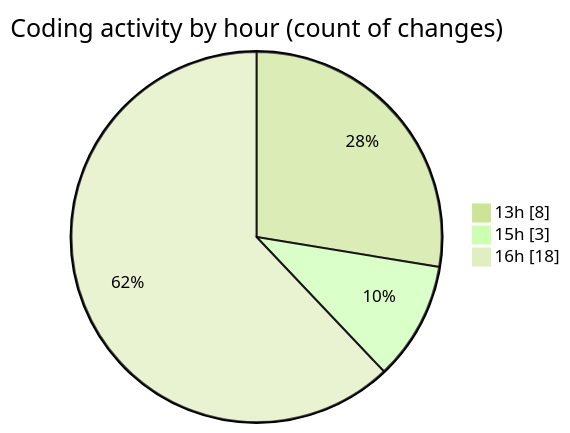
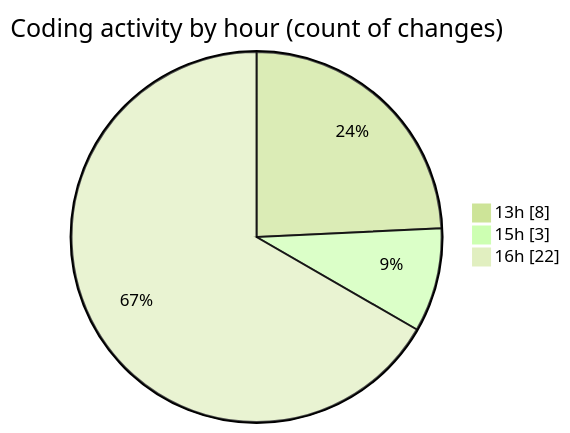
Before and after one commit to nxtqubesakshisongat/code-tracking: the second of 2 diagrams in 2025-08-01/nxtqube_webapp/README.md, drawn with Mermaid (forest theme). The commit also changed other lines of this file and 1 other file, not shown here.

````diff
--- a/2025-08-01/nxtqube_webapp/README.md
+++ b/2025-08-01/nxtqube_webapp/README.md
@@ -34,7 +34,7 @@
 ```mermaid
 pie showData
 title Coding activity by hour (count of changes)
 "13h" : 8
 "15h" : 3
-"16h" : 18
+"16h" : 22
 ```
````
